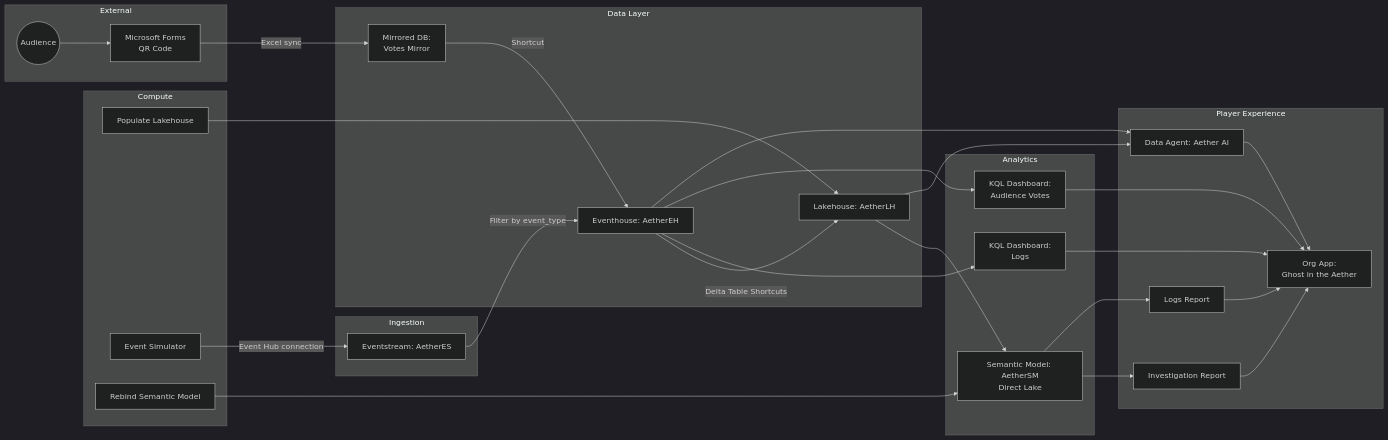
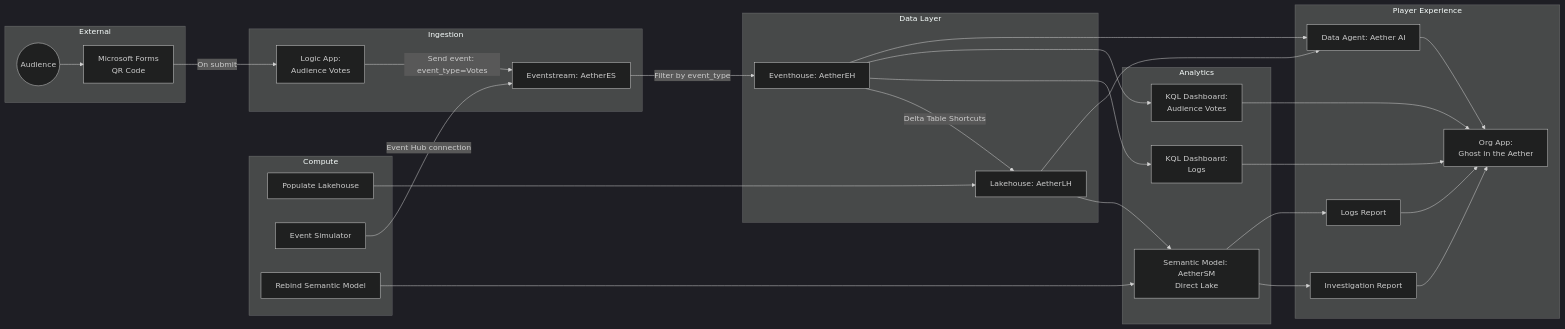
The first of 2 diagrams in README.md (MitchSS/FabricMystery), drawn with Mermaid (dark theme) before and after one commit. The commit also changed other lines of this file and 6 other files, not shown here.

Commit message:
Deploy audience votes via Logic App into Eventstream instead of a mirror

````diff
--- a/README.md
+++ b/README.md
@@ -111,58 +113,58 @@
 ```mermaid
 flowchart LR
     subgraph Data["Data Layer"]
         EH[Eventhouse: AetherEH]
         LH[Lakehouse: AetherLH]
-        MIRROR[Mirrored DB:\nVotes Mirror]
         EH -->|Delta Table Shortcuts| LH
     end
 
     subgraph Compute["Compute"]
         POP[Populate Lakehouse]
         SIM[Event Simulator]
         REB[Rebind Semantic Model]
     end
 
     subgraph Ingestion["Ingestion"]
         ES[Eventstream: AetherES]
+        LA[Logic App:\nAudience Votes]
     end
 
     subgraph Analytics["Analytics"]
         SM[Semantic Model: AetherSM\nDirect Lake]
         KD[KQL Dashboard:\nLogs]
         VD[KQL Dashboard:\nAudience Votes]
     end
 
     subgraph Experience["Player Experience"]
         R1[Investigation Report]
         R2[Logs Report]
         DA[Data Agent: Aether AI]
         APP[Org App:\nGhost in the Aether]
     end
 
     subgraph External["External"]
         FORMS[Microsoft Forms\nQR Code]
         AUDIENCE((Audience))
     end
 
     POP --> LH
     SIM -->|Event Hub connection| ES
     ES -->|Filter by event_type| EH
     REB --> SM
     AUDIENCE --> FORMS
-    FORMS -->|Excel sync| MIRROR
-    MIRROR -->|Shortcut| EH
+    FORMS -->|On submit| LA
+    LA -->|Send event: event_type=Votes| ES
 
     LH --> SM
     EH --> KD
     EH --> VD
     EH --> DA
     LH --> DA
     SM --> R1
     SM --> R2
     R1 --> APP
     R2 --> APP
     DA --> APP
     KD --> APP
     VD --> APP
 ```
````
